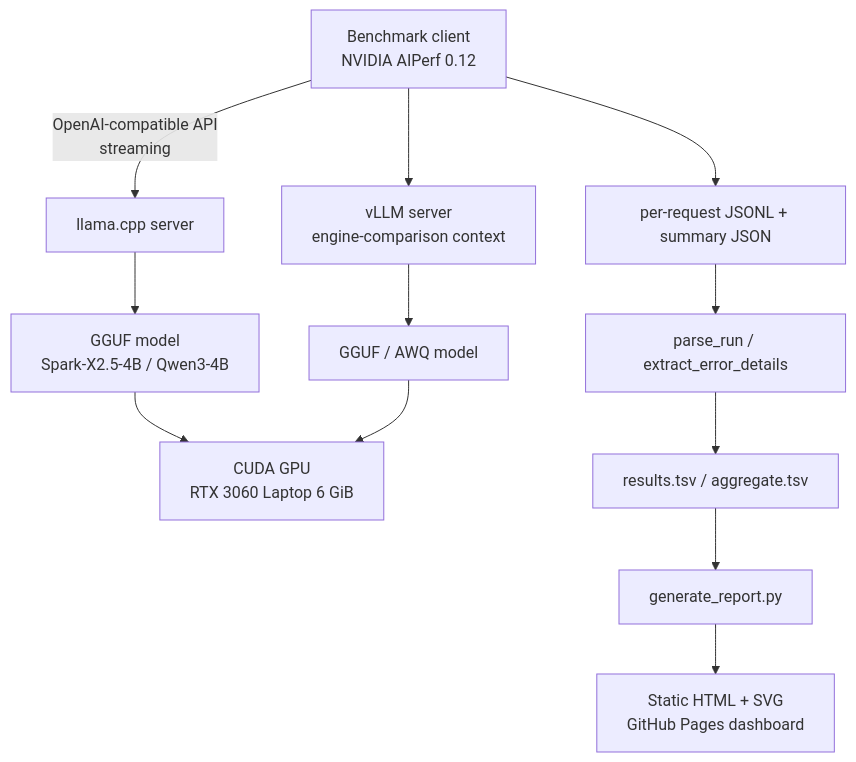
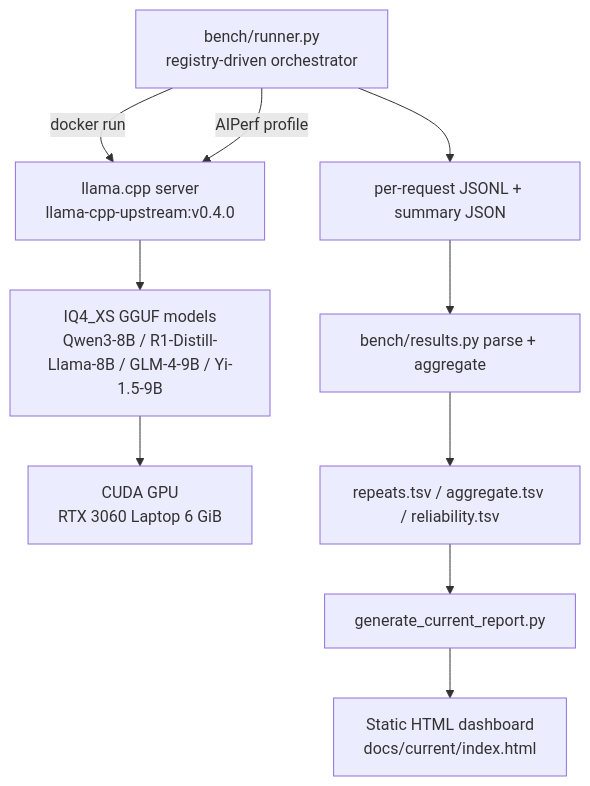
Before and after one commit to jfang2048/llm_benchmark: the diagram in docs/architecture.md, drawn with Mermaid. The commit also changed other lines of this file, not shown here.

Commit message:
docs: rewrite architecture for the registry-driven 8-9B harness

````diff
--- a/docs/architecture.md
+++ b/docs/architecture.md
@@ -9,14 +10,12 @@
 ```mermaid
 flowchart TD
-    A[Benchmark client<br/>NVIDIA AIPerf 0.12] -->|OpenAI-compatible API<br/>streaming| B[llama.cpp server]
-    A --> C[vLLM server<br/>engine-comparison context]
-    B --> D[GGUF model<br/>Spark-X2.5-4B / Qwen3-4B]
-    C --> E[GGUF / AWQ model]
-    D --> F[CUDA GPU<br/>RTX 3060 Laptop 6 GiB]
-    E --> F
-    A --> G[per-request JSONL + summary JSON]
-    G --> H[parse_run / extract_error_details]
-    H --> I[results.tsv / aggregate.tsv]
-    I --> J[generate_report.py]
-    J --> K[Static HTML + SVG<br/>GitHub Pages dashboard]
+    A[bench/runner.py<br/>registry-driven orchestrator] -->|docker run| B[llama.cpp server<br/>llama-cpp-upstream:v0.4.0]
+    A -->|AIPerf profile| B
+    B --> C[IQ4_XS GGUF models<br/>Qwen3-8B / R1-Distill-Llama-8B / GLM-4-9B / Yi-1.5-9B]
+    C --> D[CUDA GPU<br/>RTX 3060 Laptop 6 GiB]
+    A --> E[per-request JSONL + summary JSON]
+    E --> F[bench/results.py parse + aggregate]
+    F --> G[repeats.tsv / aggregate.tsv / reliability.tsv]
+    G --> H[generate_current_report.py]
+    H --> I[Static HTML dashboard<br/>docs/current/index.html]
 ```
````
